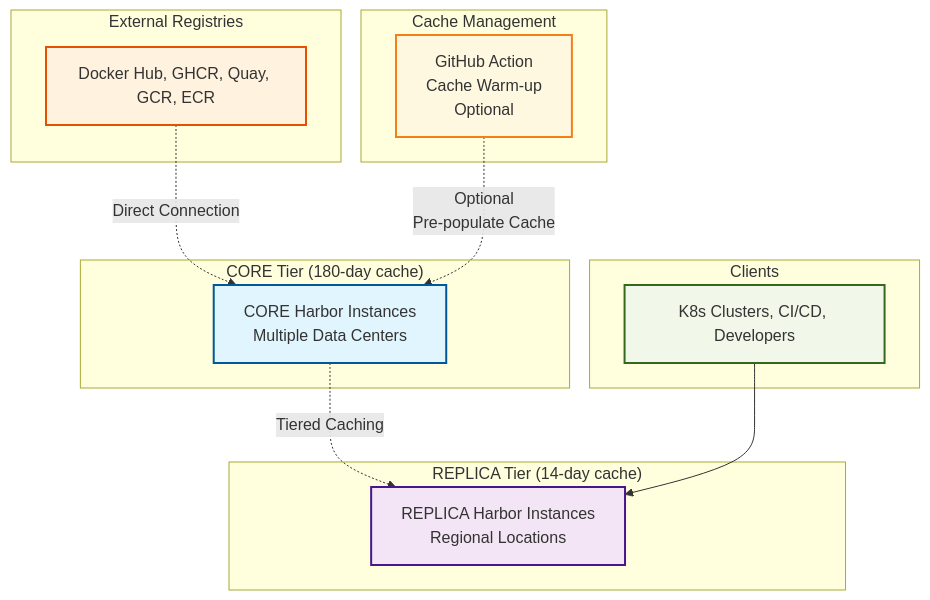
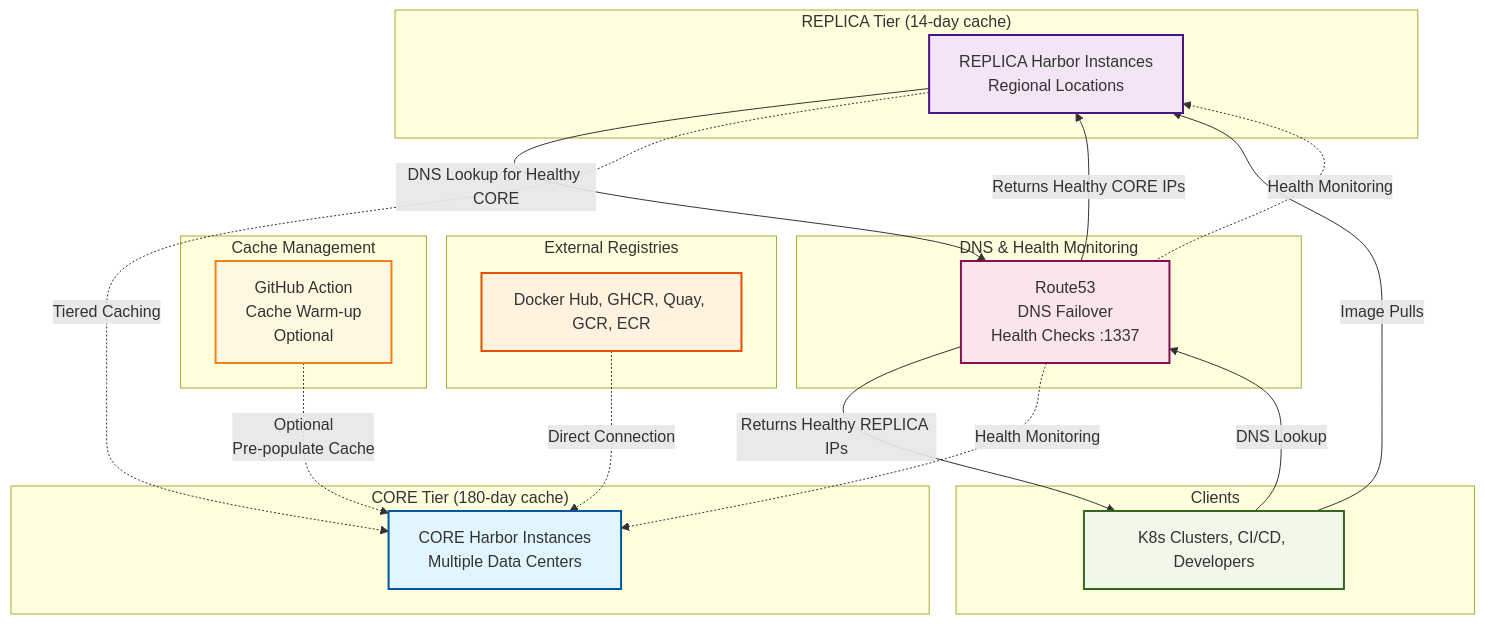
One commit to GlueOps/aio-harbor-registry-cache changed the first of 3 diagrams in README.md. Above: the diagram before and after it, drawn with Mermaid. The commit also changed other lines of this file, not shown here.

````diff
--- a/README.md
+++ b/README.md
@@ -12,39 +12,51 @@
 ```mermaid
 graph TB
     subgraph "External Registries"
         Upstream[Docker Hub, GHCR, Quay, GCR, ECR]
     end
     
     subgraph "CORE Tier (180-day cache)"
         Core[CORE Harbor Instances<br/>Multiple Data Centers]
     end
     
     subgraph "REPLICA Tier (14-day cache)"
         Replica[REPLICA Harbor Instances<br/>Regional Locations]
     end
     
     subgraph "Clients"
         Users[K8s Clusters, CI/CD, Developers]
     end
     
     subgraph "Cache Management"
         WarmUp[GitHub Action<br/>Cache Warm-up<br/>Optional]
     end
     
+    subgraph "DNS & Health Monitoring"
+        Route53[Route53<br/>DNS Failover<br/>Health Checks :1337]
+    end
+    
     Upstream -.->|Direct Connection| Core
-    Core -.->|Tiered Caching| Replica
-    Users --> Replica
+    Replica -->|DNS Lookup for Healthy CORE| Route53
+    Route53 -->|Returns Healthy CORE IPs| Replica
+    Replica -.->|Tiered Caching| Core
+    Users -->|DNS Lookup| Route53
+    Route53 -->|Returns Healthy REPLICA IPs| Users
+    Users -->|Image Pulls| Replica
     WarmUp -.->|Optional<br/>Pre-populate Cache| Core
+    Route53 -.->|Health Monitoring| Core
+    Route53 -.->|Health Monitoring| Replica
     
     classDef upstream fill:#fff3e0,stroke:#e65100,stroke-width:2px
     classDef core fill:#e1f5fe,stroke:#01579b,stroke-width:2px
     classDef replica fill:#f3e5f5,stroke:#4a148c,stroke-width:2px
     classDef client fill:#f1f8e9,stroke:#33691e,stroke-width:2px
     classDef warmup fill:#fff8e1,stroke:#f57f17,stroke-width:2px
+    classDef dns fill:#fce4ec,stroke:#880e4f,stroke-width:2px
     
     class Upstream upstream
     class Core core
     class Replica replica
     class Users client
     class WarmUp warmup
+    class Route53 dns
 ```
````
